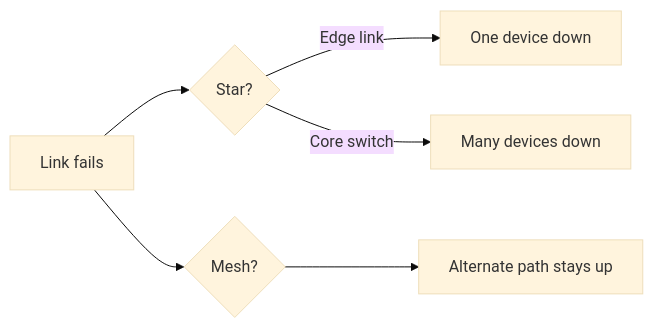
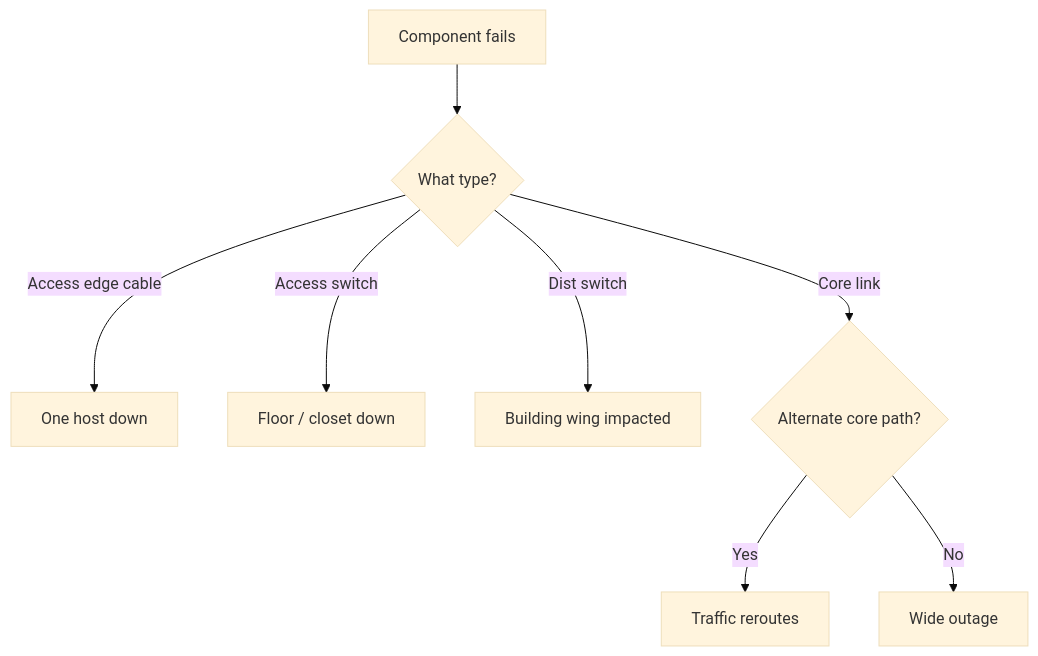
One commit to omnayak27199/pktana changed the tenth of 11 diagrams in learning/08-topologies.md. Above: the diagram before and after it, drawn with Mermaid (base theme). The commit also changed other lines of this file and 14 other files, not shown here.

````diff
--- a/learning/08-topologies.md
+++ b/learning/08-topologies.md
@@ -74,8 +290,10 @@
 ```mermaid
-flowchart LR
-  Fail[Link fails] --> StarQ{Star?}
-  StarQ -->|Edge link| One[One device down]
-  StarQ -->|Core switch| Many[Many devices down]
-  Fail --> MeshQ{Mesh?}
-  MeshQ --> Alt[Alternate path stays up]
+flowchart TB
+  Fail[Component fails] --> Ask{What type?}
+  Ask -->|Access edge cable| One[One host down]
+  Ask -->|Access switch| Closet[Floor / closet down]
+  Ask -->|Dist switch| Wing[Building wing impacted]
+  Ask -->|Core link| Alt{Alternate core path?}
+  Alt -->|Yes| Heal[Traffic reroutes]
+  Alt -->|No| Campus[Wide outage]
 ```
````
